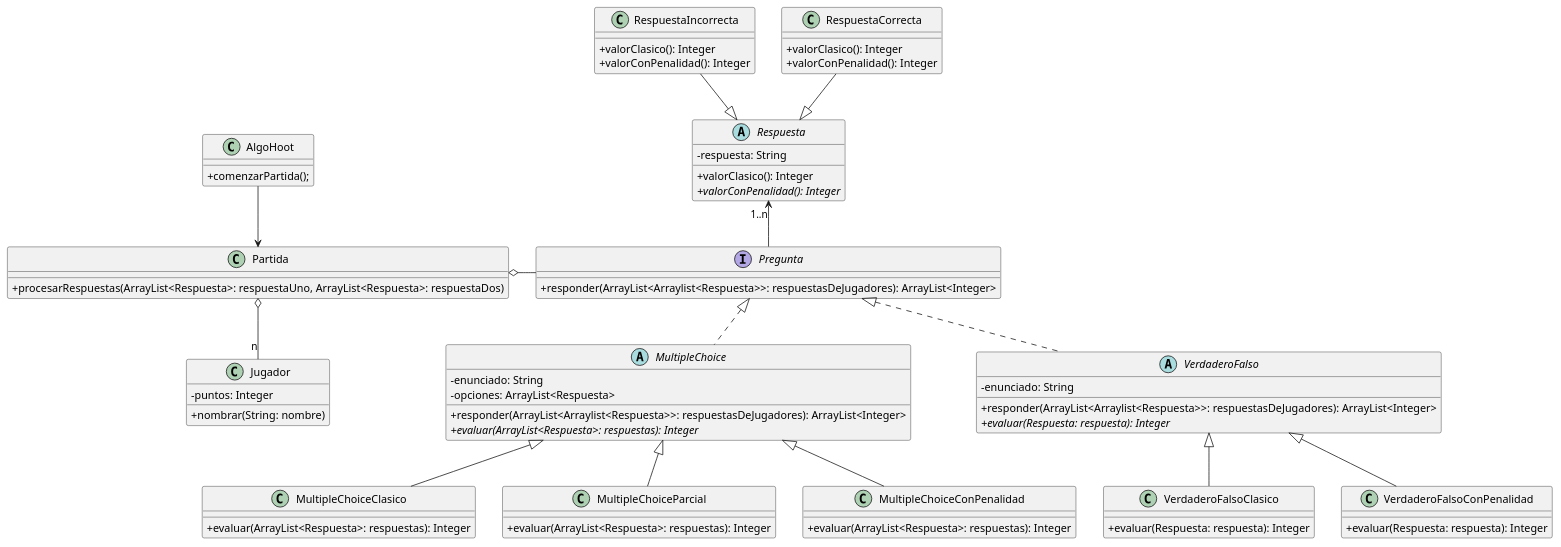
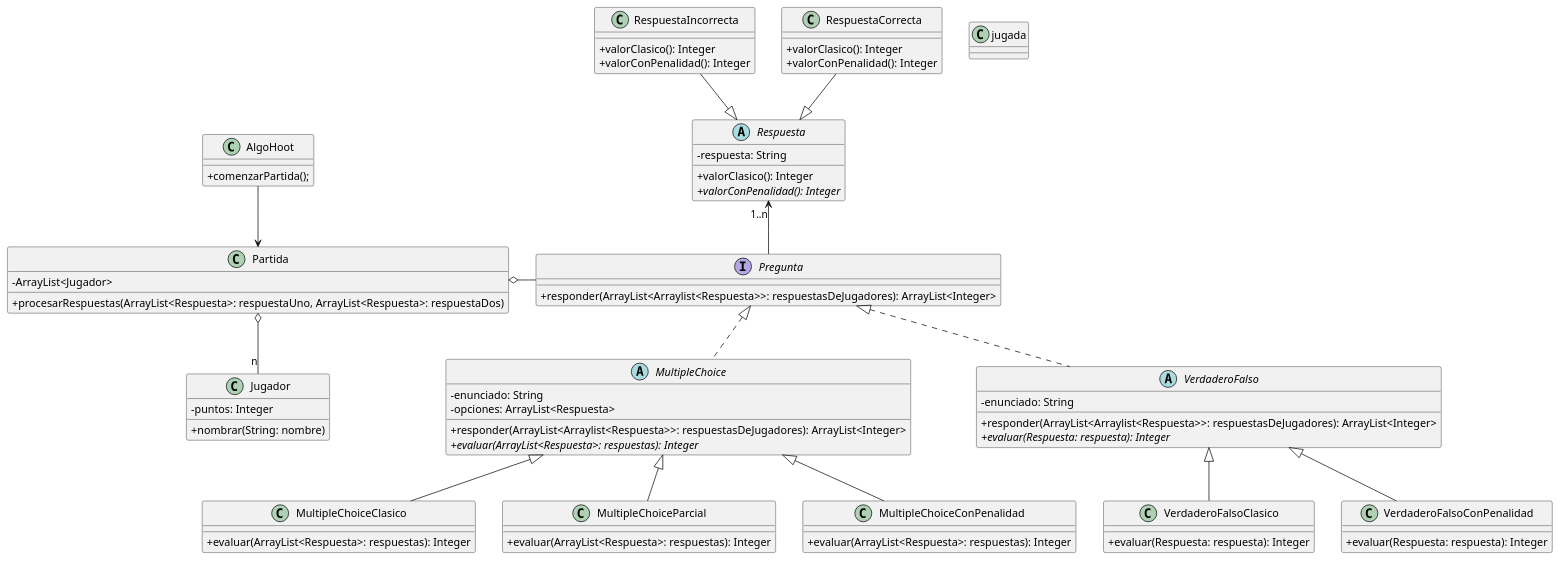
The diagram in diagrams/classes/entrega1/class-diagram.puml (gimnasialp/algo3_proyecto_base_tp2), drawn with PlantUML before and after one commit. The commit also changed 23 other files, not shown here.

```diff
--- a/diagrams/classes/entrega1/class-diagram.puml
+++ b/diagrams/classes/entrega1/class-diagram.puml
@@ -1,87 +1,97 @@
 @startuml
 skinparam classAttributeIconSize 0
 
 class AlgoHoot{
     +comenzarPartida();
 }
 interface Pregunta {
     + responder(ArrayList<Arraylist<Respuesta>>: respuestasDeJugadores): ArrayList<Integer>
 }
 
 abstract class MultipleChoice {
     - enunciado: String
     - opciones: ArrayList<Respuesta>
     + responder(ArrayList<Arraylist<Respuesta>>: respuestasDeJugadores): ArrayList<Integer>
     + {abstract} evaluar(ArrayList<Respuesta>: respuestas): Integer
 }
 
 class MultipleChoiceClasico{
     + evaluar(ArrayList<Respuesta>: respuestas): Integer
 }
 
 class MultipleChoiceParcial{
     + evaluar(ArrayList<Respuesta>: respuestas): Integer
 }
 
 class MultipleChoiceConPenalidad{
     + evaluar(ArrayList<Respuesta>: respuestas): Integer
 }
 
 abstract class VerdaderoFalso {
     - enunciado: String
     + responder(ArrayList<Arraylist<Respuesta>>: respuestasDeJugadores): ArrayList<Integer>
     + {abstract} evaluar(Respuesta: respuesta): Integer
 }
 
 class VerdaderoFalsoClasico{
     + evaluar(Respuesta: respuesta): Integer
 }
 
 class VerdaderoFalsoConPenalidad{
     + evaluar(Respuesta: respuesta): Integer
 }
 
 abstract class Respuesta {
     - respuesta: String
     + valorClasico(): Integer
     + {abstract} valorConPenalidad(): Integer
 }
 
 class RespuestaCorrecta{
     + valorClasico(): Integer
     +  valorConPenalidad(): Integer
 }
 
 class RespuestaIncorrecta{
     + valorClasico(): Integer
     + valorConPenalidad(): Integer
 }
 
 class Partida{
+    -ArrayList<Jugador>
+
     +procesarRespuestas(ArrayList<Respuesta>: respuestaUno, ArrayList<Respuesta>: respuestaDos)
 }
 
+
 class Jugador{
     - puntos: Integer
+
     + nombrar(String: nombre)
+
+}
+class jugada{
+
 }
 
 MultipleChoice <|-down- MultipleChoiceClasico
 MultipleChoice <|-down- MultipleChoiceParcial
 MultipleChoice <|-- MultipleChoiceConPenalidad
 VerdaderoFalso <|-- VerdaderoFalsoClasico
 VerdaderoFalso <|-- VerdaderoFalsoConPenalidad
 
 Pregunta -up-> "1..n" Respuesta
 
 Jugador "n" -up-o Partida
+
 Pregunta -left-o Partida
+
 
 Pregunta <|.. MultipleChoice
 Pregunta <|.. VerdaderoFalso
 Respuesta <|-up- RespuestaCorrecta
 Respuesta <|-up- RespuestaIncorrecta
 
 Partida <-up- AlgoHoot
 
 @enduml
```
